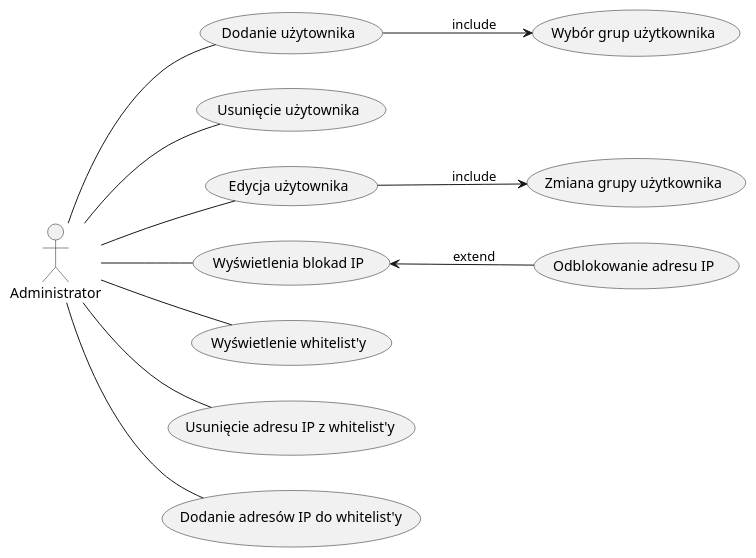
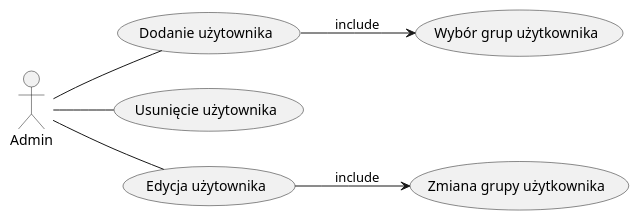
One commit to BurdalskiBartosz/effective-combine changed the second of 6 diagrams in docs/funkcjonalnosci/aplikacja/uzytkownik.md. Above: the diagram before and after it, drawn with PlantUML. The commit also changed other lines of this file and 4 other files, not shown here.

```diff
--- a/docs/funkcjonalnosci/aplikacja/uzytkownik.md
+++ b/docs/funkcjonalnosci/aplikacja/uzytkownik.md
@@ -21,17 +21,12 @@
 @startuml
-actor Administrator
+actor Admin
 
 left to right direction
 
-Administrator -- (Dodanie użytownika)
+Admin -- (Dodanie użytownika)
 (Dodanie użytownika) --> (Wybór grup użytkownika) : include
-Administrator -- (Usunięcie użytownika)
-Administrator -- (Edycja użytownika)
+Admin -- (Usunięcie użytownika)
+Admin -- (Edycja użytownika)
 (Edycja użytownika) --> (Zmiana grupy użytkownika) : include
-Administrator -- (Wyświetlenia blokad IP)
-(Wyświetlenia blokad IP) <-- (Odblokowanie adresu IP) : extend
-Administrator -- (Wyświetlenie whitelist'y)
-Administrator -- (Usunięcie adresu IP z whitelist'y)
-Administrator -- (Dodanie adresów IP do whitelist'y)
 
 @enduml
```
